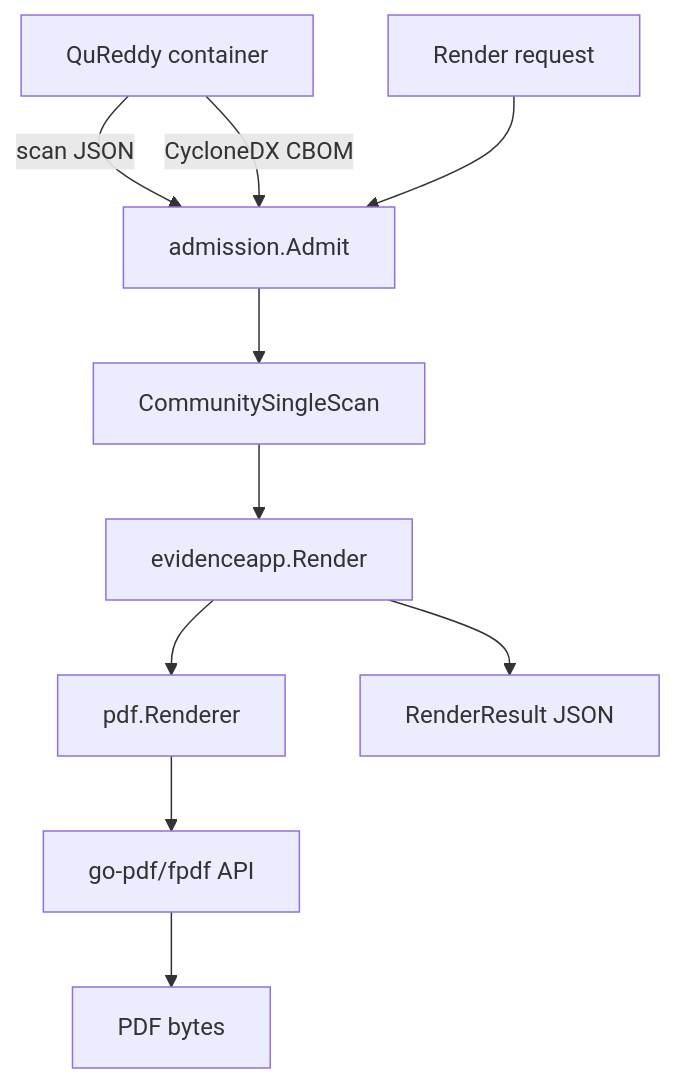
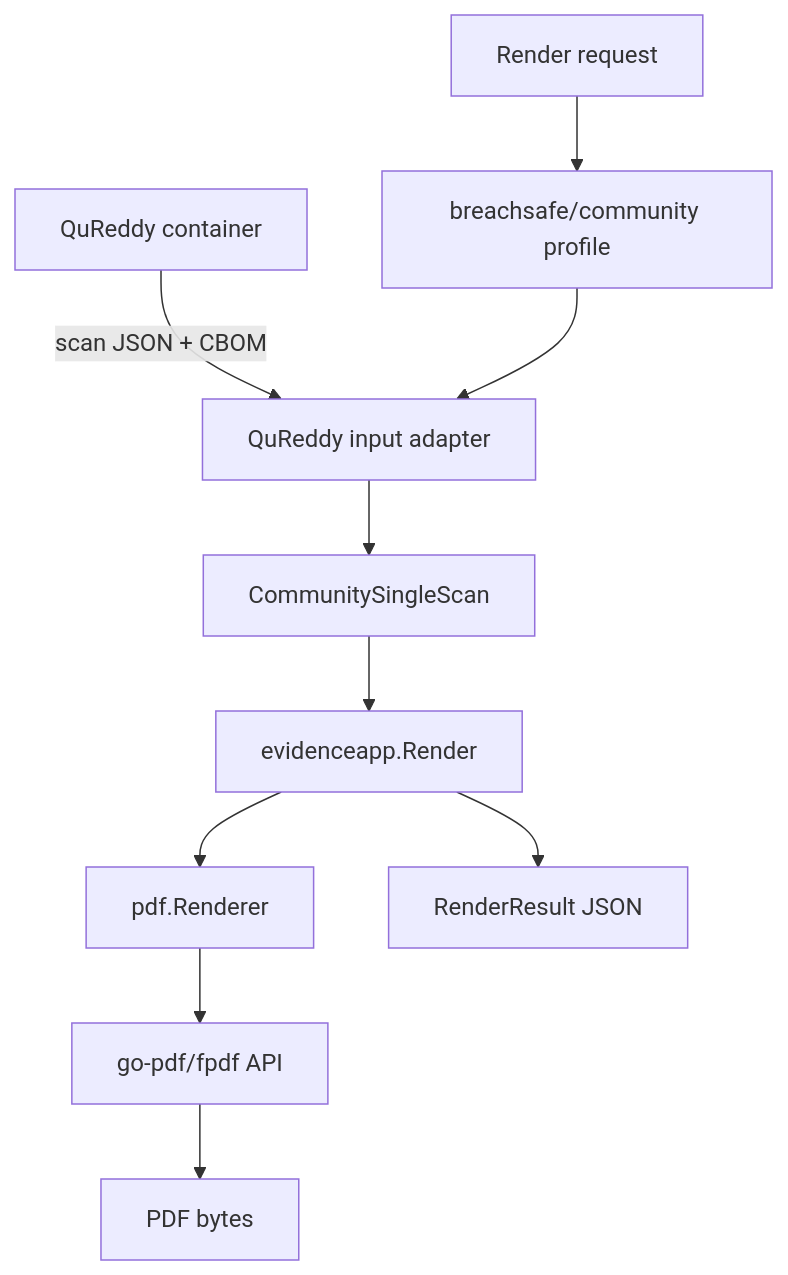
The diagram in docs/explanation/architecture.md (paul007ex/breachsafe-pdf), drawn with Mermaid before and after one commit. The commit also changed other lines of this file and 25 other files, not shown here.

First line of the commit message:
feat: add profile-driven breachsafe-pdf CLI

````diff
--- a/docs/explanation/architecture.md
+++ b/docs/explanation/architecture.md
@@ -16,12 +17,12 @@
 ```mermaid
 flowchart TD
-    Q[QuReddy container] -->|scan JSON| A[admission.Admit]
-    Q -->|CycloneDX CBOM| A
-    R[Render request] --> A
-    A --> M[CommunitySingleScan]
+    Q[QuReddy container] -->|scan JSON + CBOM| IA[QuReddy input adapter]
+    R[Render request] --> RP[breachsafe/community profile]
+    RP --> IA
+    IA --> M[CommunitySingleScan]
     M --> E[evidenceapp.Render]
     E --> P[pdf.Renderer]
     P --> F[go-pdf/fpdf API]
     F --> B[PDF bytes]
     E --> RR[RenderResult JSON]
 ```
````
